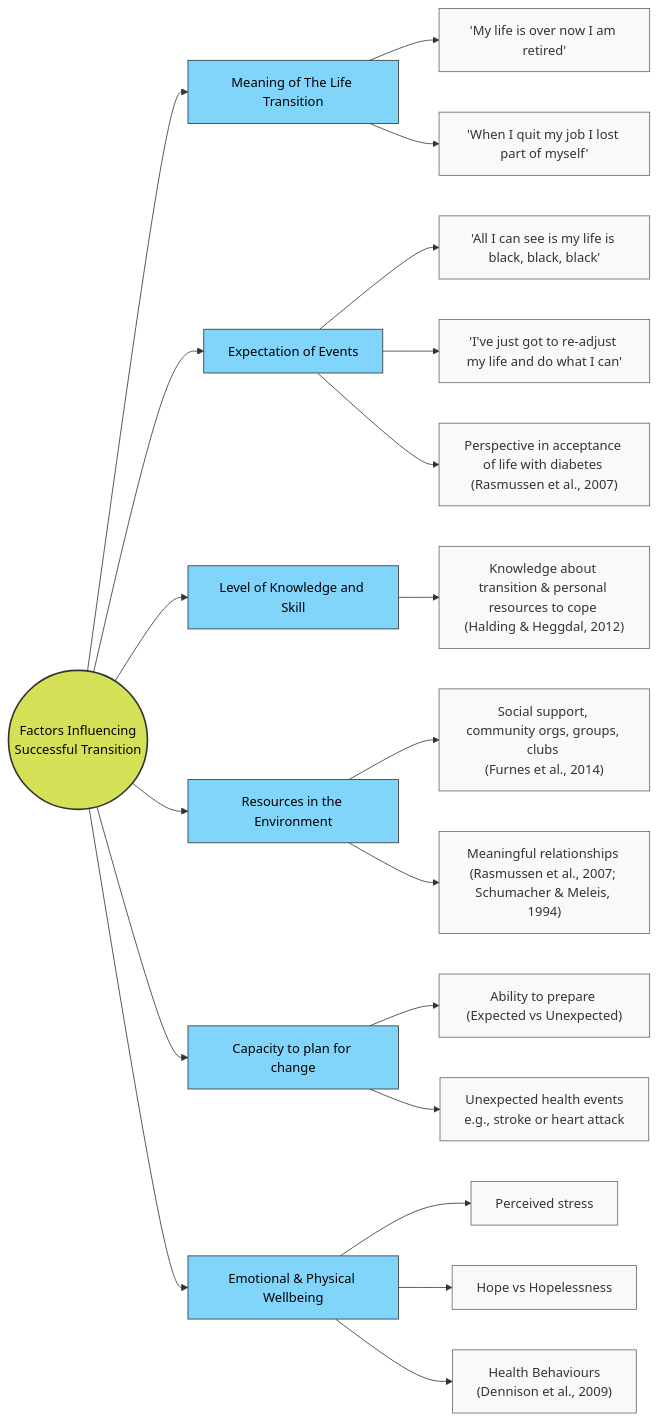
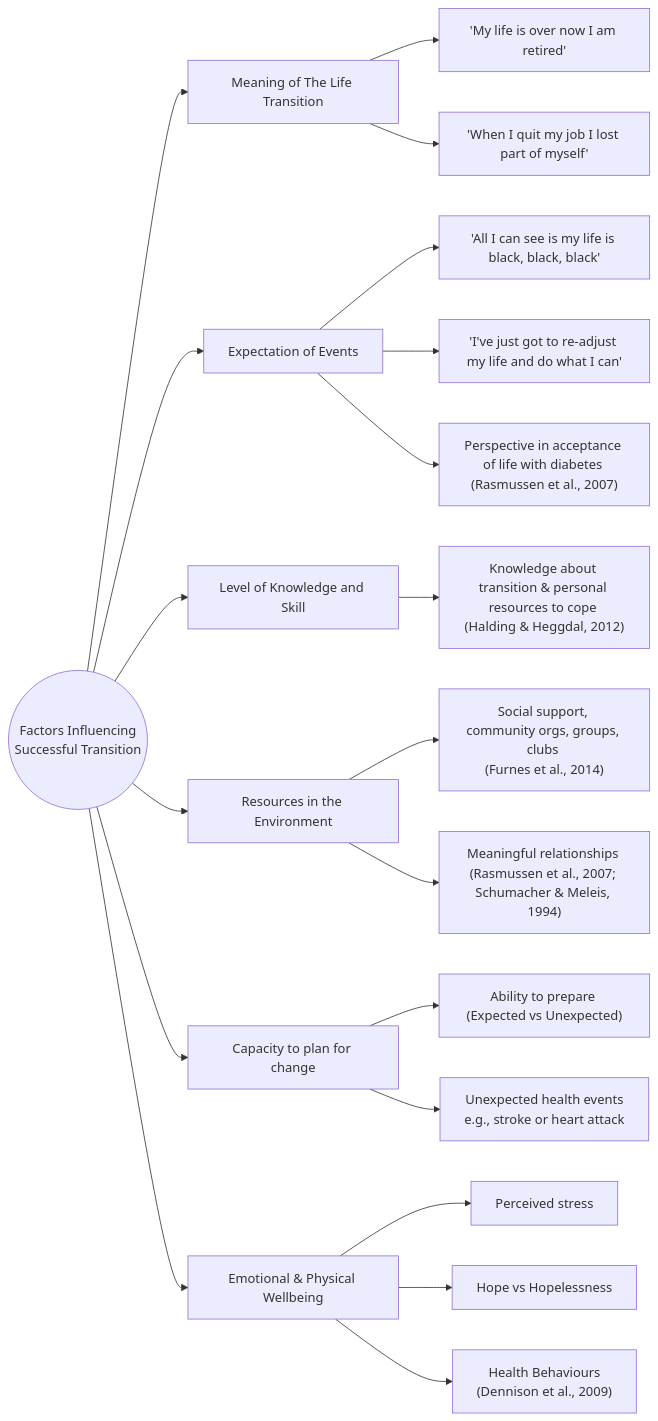
The first of 3 diagrams in content/Lecture/Day 3.md (NoeticRevelations/Toolkit), drawn with Mermaid before and after one commit. The commit also changed other lines of this file and 8 other files, not shown here.

````diff
--- a/content/Lecture/Day 3.md
+++ b/content/Lecture/Day 3.md
@@ -152,54 +158,47 @@
 ```mermaid
 graph LR
     %% Core concept
     Root((Factors Influencing <br/> Successful Transition))
 
     %% Main Categories
     M[Meaning of The Life Transition]
     E[Expectation of Events]
     K[Level of Knowledge and Skill]
     R[Resources in the Environment]
     C[Capacity to plan for change]
     W[Emotional & Physical Wellbeing]
 
     Root --> M
     Root --> E
     Root --> K
     Root --> R
     Root --> C
     Root --> W
 
     %% Meaning Details
     M --> M1["'My life is over now I am retired'"]
     M --> M2["'When I quit my job I lost part of myself'"]
 
     %% Expectation Details
     E --> E1["'All I can see is my life is black, black, black'"]
     E --> E2["'I've just got to re-adjust my life and do what I can'"]
     E --> E3["Perspective in acceptance of life with diabetes <br/>(Rasmussen et al., 2007)"]
 
     %% Knowledge Details
     K --> K1["Knowledge about transition & personal resources to cope <br/>(Halding & Heggdal, 2012)"]
 
     %% Resources Details
     R --> R1["Social support, community orgs, groups, clubs <br/>(Furnes et al., 2014)"]
     R --> R2["Meaningful relationships <br/>(Rasmussen et al., 2007; Schumacher & Meleis, 1994)"]
 
     %% Capacity Details
     C --> C1["Ability to prepare (Expected vs Unexpected)"]
     C --> C2["Unexpected health events <br/>e.g., stroke or heart attack"]
 
     %% Wellbeing Details
     W --> W1["Perceived stress"]
     W --> W2["Hope vs Hopelessness"]
     W --> W3["Health Behaviours <br/>(Dennison et al., 2009)"]
 
-    %% Styling
-    classDef core fill:#d4e157,stroke:#333,stroke-width:2px,color:#000;
-    classDef category fill:#81d4fa,stroke:#333,stroke-width:1px,color:#000;
-    classDef node fill:#f9f9f9,stroke:#666,stroke-width:1px,color:#333;
-    
-    class Root core;
-    class M,E,K,R,C,W category;
-    class M1,M2,E1,E2,E3,K1,R1,R2,C1,C2,W1,W2,W3 node;
+
 ```
````
